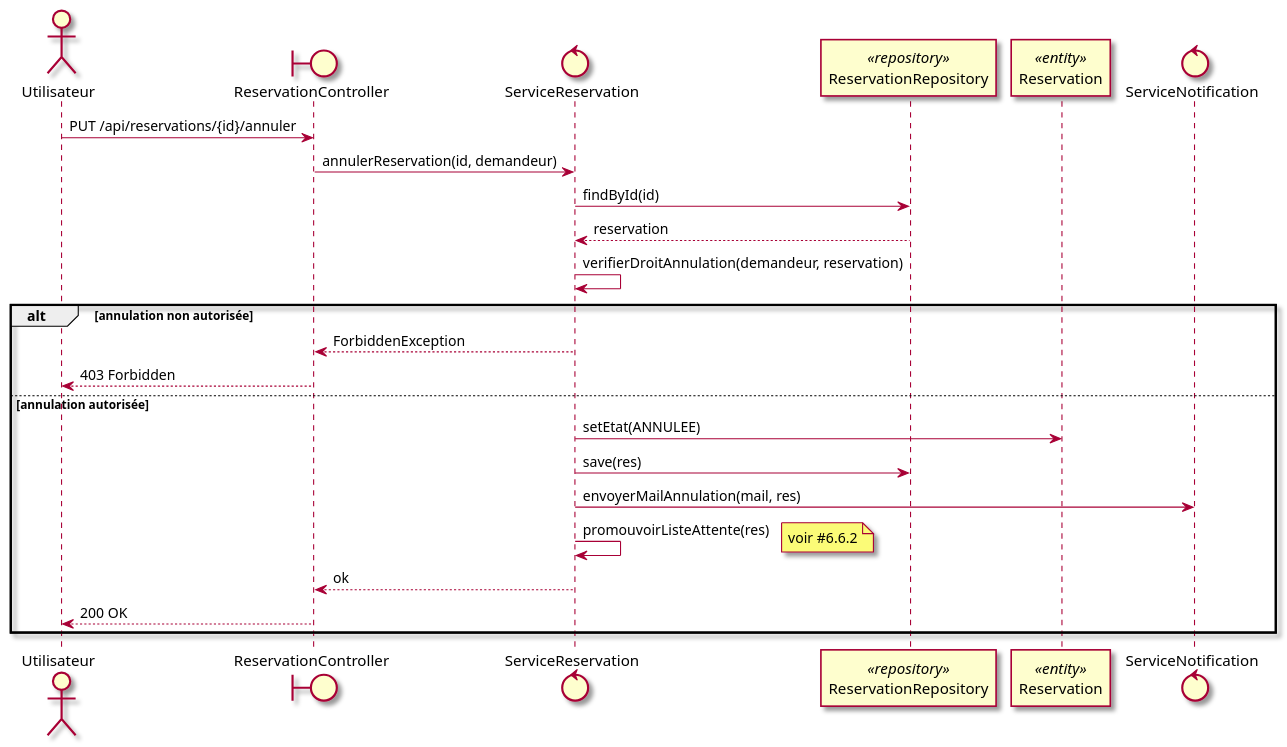
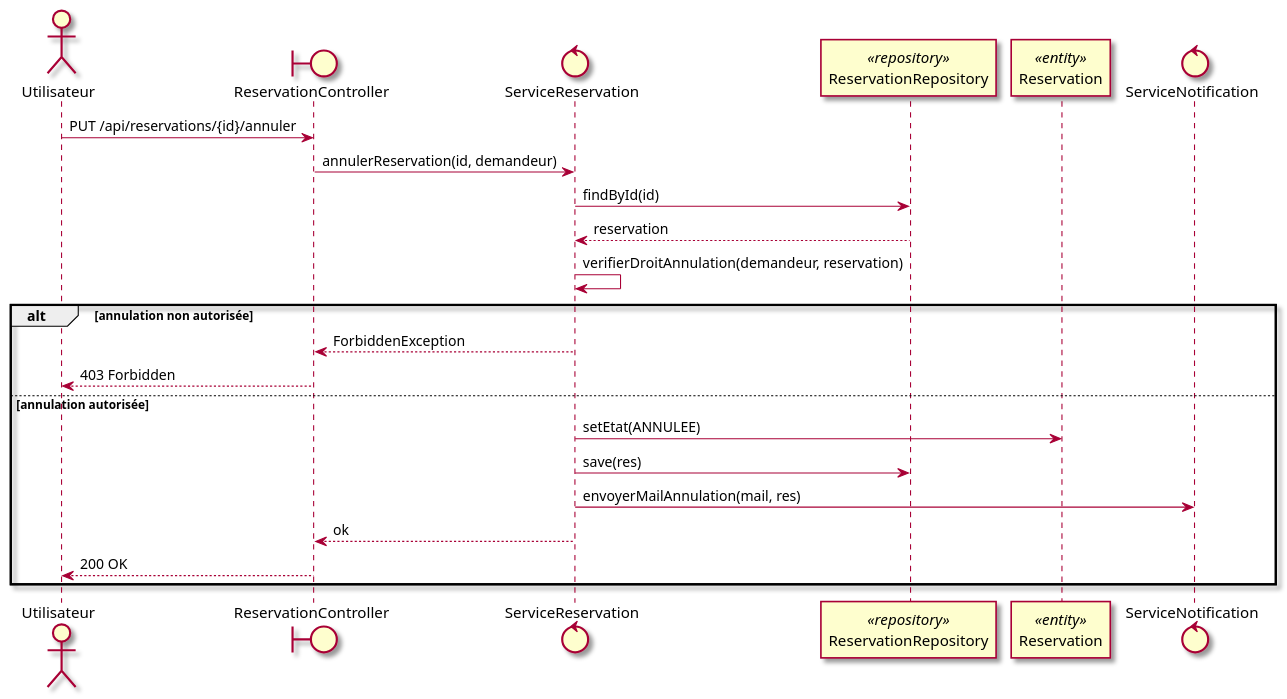
One commit to mrajaonson/glg204-room-management-system changed diagram 24 of 35 in docs/03-Conception.md. Above: the diagram before and after it, drawn with PlantUML. The commit also changed other lines of this file and 3 other files, not shown here.

````diff
--- a/docs/03-Conception.md
+++ b/docs/03-Conception.md
@@ -1236,30 +1242,28 @@
 ```plantuml
 @startuml
 skin rose
 
 actor Utilisateur as u
 boundary ReservationController as ctrl
 control ServiceReservation as svc
 participant ReservationRepository as repo <<repository>>
 participant Reservation as res <<entity>>
 control ServiceNotification as notif
 
 u -> ctrl : PUT /api/reservations/{id}/annuler
 ctrl -> svc : annulerReservation(id, demandeur)
 svc -> repo : findById(id)
 repo --> svc : reservation
 svc -> svc : verifierDroitAnnulation(demandeur, reservation)
 alt annulation non autorisée
   svc --> ctrl : ForbiddenException
   ctrl --> u : 403 Forbidden
 else annulation autorisée
   svc -> res : setEtat(ANNULEE)
   svc -> repo : save(res)
   svc -> notif : envoyerMailAnnulation(mail, res)
-  svc -> svc : promouvoirListeAttente(res)
-  note right : voir #6.6.2
   svc --> ctrl : ok
   ctrl --> u : 200 OK
 end
 @enduml
 ```
````
